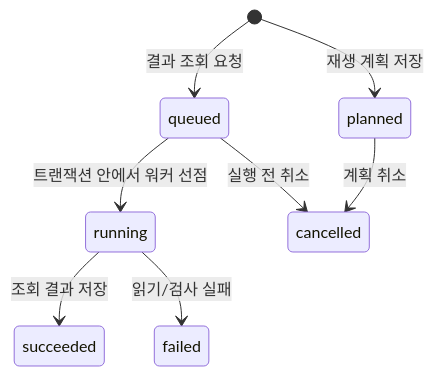
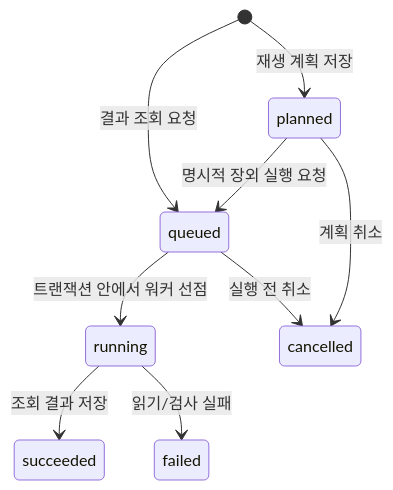
One commit to Peter-jackson12/Stock changed the second of 2 diagrams in CONTROL_TOWER.md. Above: the diagram before and after it, drawn with Mermaid. The commit also changed other lines of this file and 14 other files, not shown here.

````diff
--- a/CONTROL_TOWER.md
+++ b/CONTROL_TOWER.md
@@ -95,10 +100,11 @@
 ```mermaid
 stateDiagram-v2
     [*] --> queued: 결과 조회 요청
     queued --> running: 트랜잭션 안에서 워커 선점
     queued --> cancelled: 실행 전 취소
     running --> succeeded: 조회 결과 저장
     running --> failed: 읽기/검사 실패
     [*] --> planned: 재생 계획 저장
+    planned --> queued: 명시적 장외 실행 요청
     planned --> cancelled: 계획 취소
 ```
````
